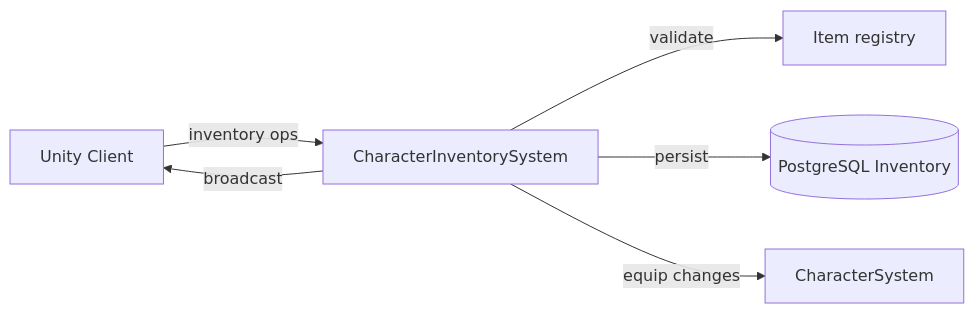
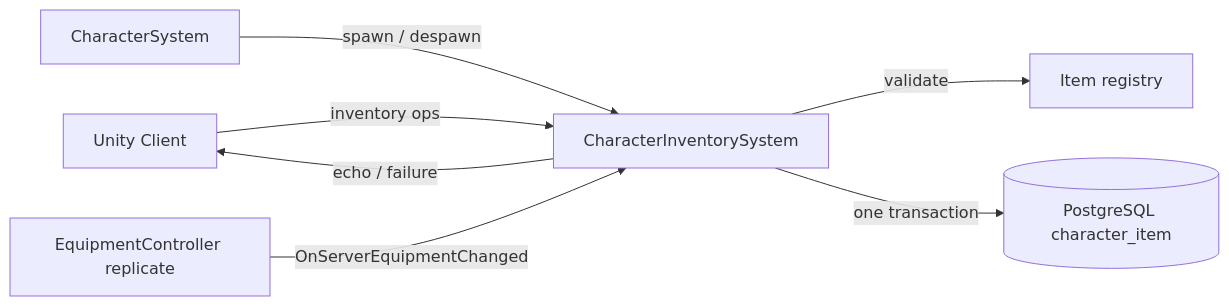
One commit to jimdroberts/FishMMO changed the diagram in FishMMO-Unity/Assets/Scripts/Server/Implementation/World/SceneServer/CharacterInventory/README.md. Above: the diagram before and after it, drawn with Mermaid. The commit also changed other lines of this file and 62 other files, not shown here.

````diff
--- a/FishMMO-Unity/Assets/Scripts/Server/Implementation/World/SceneServer/CharacterInventory/README.md
+++ b/FishMMO-Unity/Assets/Scripts/Server/Implementation/World/SceneServer/CharacterInventory/README.md
@@ -272,8 +338,9 @@
 ```mermaid
 flowchart LR
     Client[Unity Client] -->|inventory ops| Sys[CharacterInventorySystem]
     Sys -->|validate| Items[Item registry]
-    Sys -->|persist| DB[(PostgreSQL Inventory)]
-    Sys -->|broadcast| Client
-    Sys -->|equip changes| Char[CharacterSystem]
+    Sys -->|one transaction| DB[(PostgreSQL character_item)]
+    Sys -->|echo / failure| Client
+    Char[CharacterSystem] -->|spawn / despawn| Sys
+    Equip[EquipmentController replicate] -->|OnServerEquipmentChanged| Sys
 ```
````
